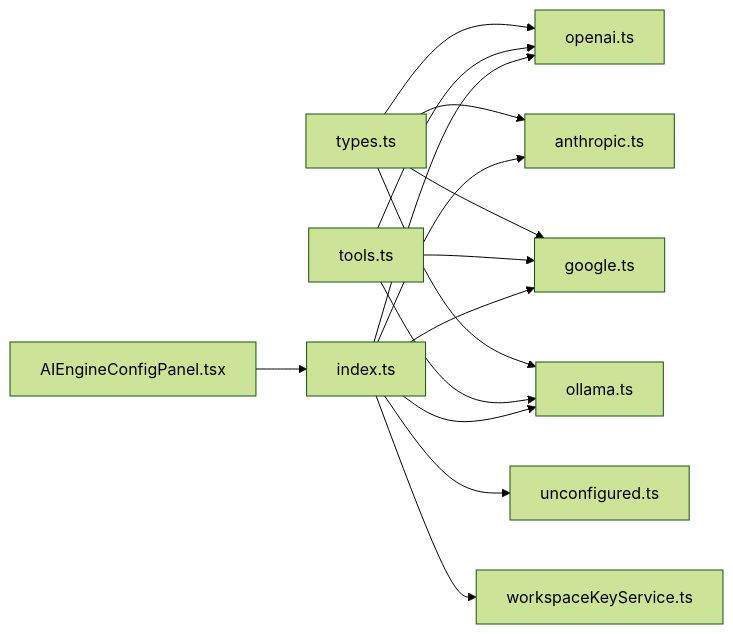
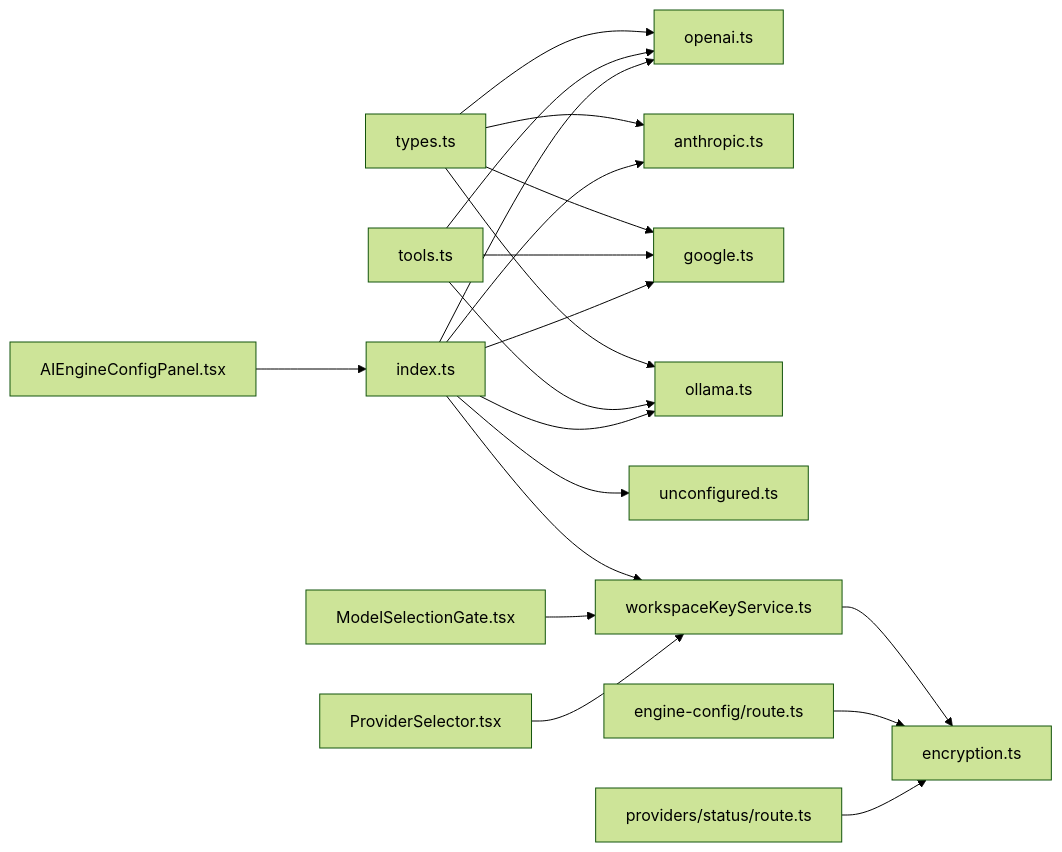
Diagram 11 of 11 in .qoder/repowiki/en/content/AI Generation Engine/AI Provider Adapters/AI Provider Adapters.md (shekhargiri005-dotcom/AI-powered-accessibility-first-UI-engine), drawn with Mermaid (forest theme) before and after one commit. The commit also changed other lines of this file and 10 other files, not shown here.

````diff
--- a/.qoder/repowiki/en/content/AI Generation Engine/AI Provider Adapters/AI Provider Adapters.md
+++ b/.qoder/repowiki/en/content/AI Generation Engine/AI Provider Adapters/AI Provider Adapters.md
@@ -357,17 +501,22 @@
 ```mermaid
 graph LR
 TYPES["types.ts"] --> OA["openai.ts"]
 TYPES --> AA["anthropic.ts"]
 TYPES --> GA["google.ts"]
 TYPES --> OLA["ollama.ts"]
 TOOLS["tools.ts"] --> OA
 TOOLS --> GA
 TOOLS --> OLA
 IDX["index.ts"] --> OA
 IDX --> AA
 IDX --> GA
 IDX --> OLA
 IDX --> UNC["unconfigured.ts"]
 IDX --> WKS["workspaceKeyService.ts"]
+WKS --> ENC["encryption.ts"]
+API["engine-config/route.ts"] --> ENC
+PSTATUS["providers/status/route.ts"] --> ENC
+MSG["ModelSelectionGate.tsx"] --> WKS
+PS["ProviderSelector.tsx"] --> WKS
 CFG["AIEngineConfigPanel.tsx"] --> IDX
 ```
````
